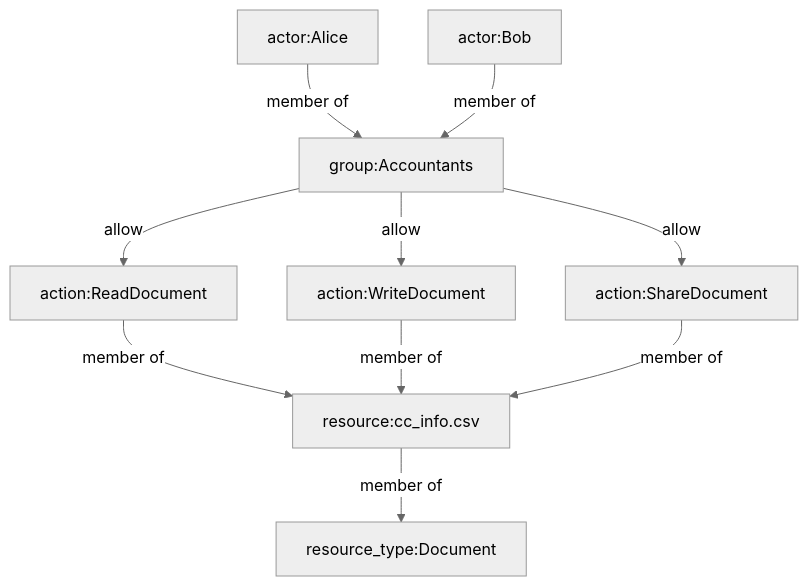
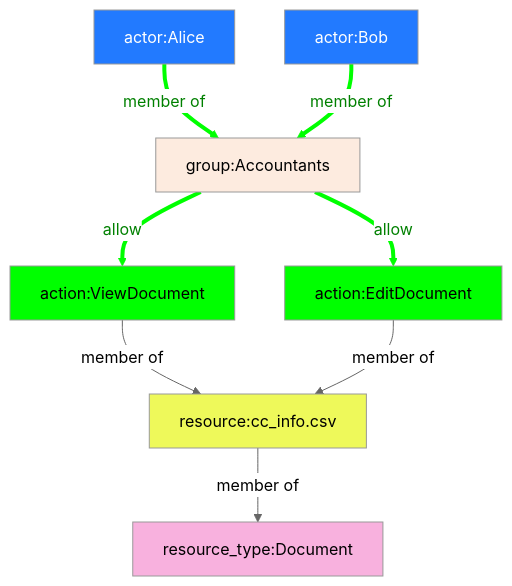
Before and after one commit to graydenshand/permission-graph: the third of 5 diagrams in docs/index.md, drawn with Mermaid (neutral theme). The commit also changed other lines of this file and 9 other files, not shown here.

Commit message:
Graph utils and mermaid diagram styles

````diff
--- a/docs/index.md
+++ b/docs/index.md
@@ -201,24 +179,33 @@
     ```mermaid
     flowchart
         alice[actor:Alice]
         bob[actor:Bob]
         accountants[group:Accountants]
         document[resource:cc_info.csv]
-        read[action:ReadDocument]
-        write[action:WriteDocument]
-        share[action:ShareDocument]
+        view[action:ViewDocument]
+        edit[action:EditDocument]
         document_type[resource_type:Document]
         
         document-->|member of|document_type
 
-        read-->|member of|document
-        write-->|member of|document
-        share-->|member of|document
+        view-->|member of|document
+        edit-->|member of|document
 
         alice-->|member of|accountants
         bob-->|member of|accountants
 
-        accountants-->|allow|read
-        accountants-->|allow|write
-        accountants-->|allow|share
+        accountants-->|allow|view
+        accountants-->|allow|edit
+
+        style alice fill:#227aff,color:#FFF
+        style bob fill:#227aff,color:#FFF
+        style view fill:#0F0
+        style edit fill:#0F0
+        style document fill:#eef95a
+        style document_type fill:#f8b1de
+        style accountants fill:#fdebdf
+        linkStyle 3 stroke:#0f0,stroke-width:4px,color:green;
+        linkStyle 4 stroke:#0f0,stroke-width:4px,color:green;
+        linkStyle 5 stroke:#0f0,stroke-width:4px,color:green;
+        linkStyle 6 stroke:#0f0,stroke-width:4px,color:green;
     ```
````
